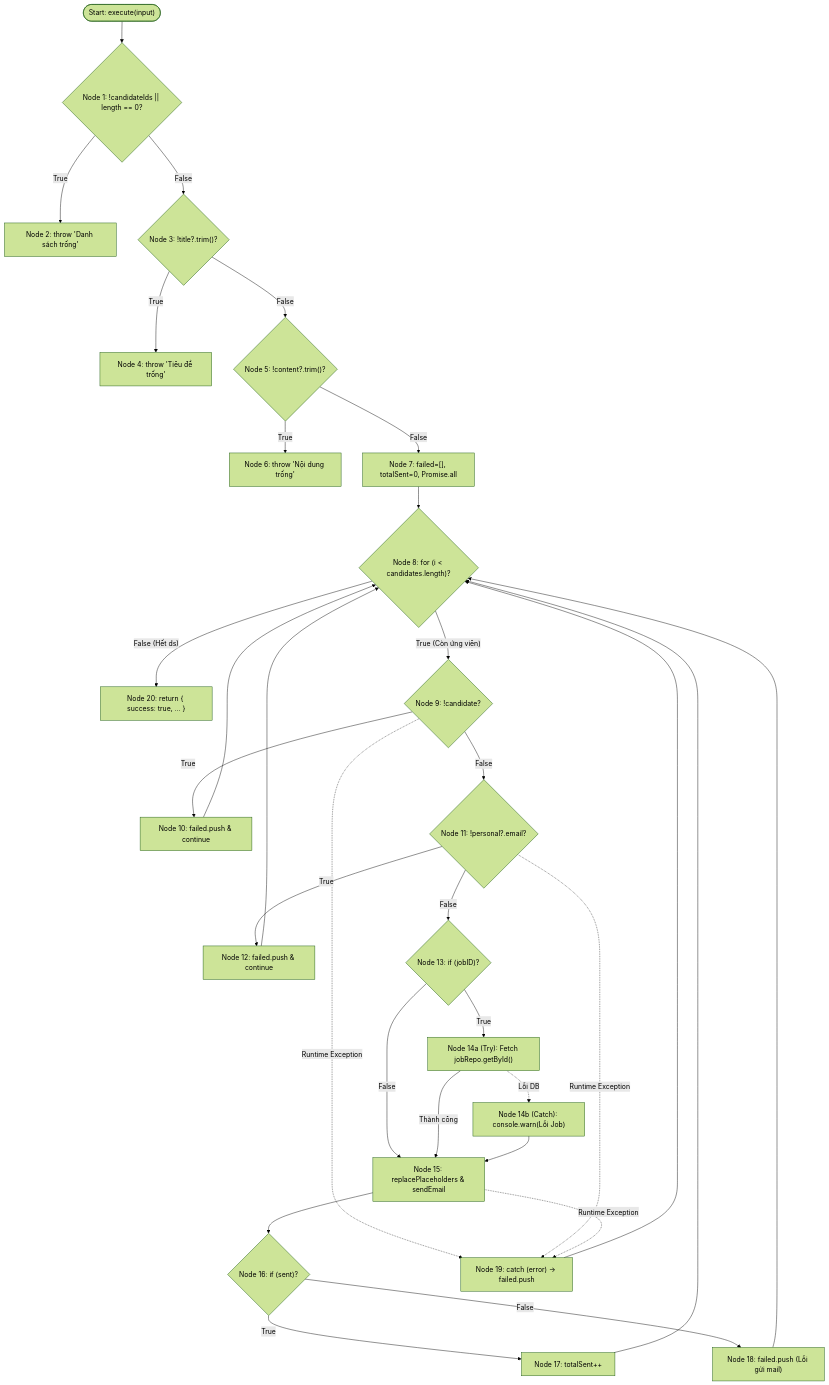
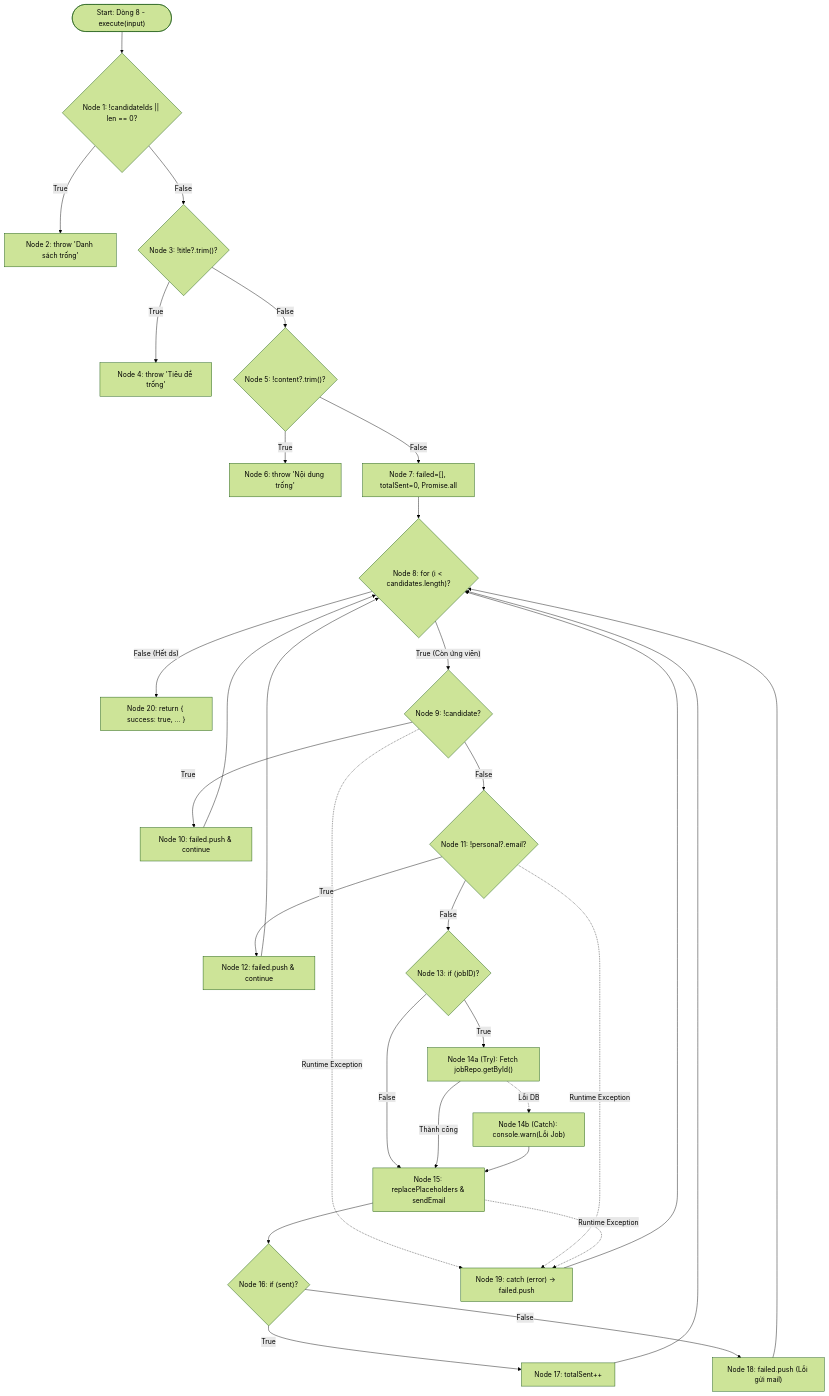
One commit to pvhung2112/cse462-testing changed the diagram in hop-trang/KiemThuHopTrang_UC09_TuDongHoaGuiEmail.md. Above: the diagram before and after it, drawn with Mermaid (forest theme). The commit also changed other lines of this file and 2 other files, not shown here.

Commit message:
refactor(uc09): chuan hoa dinh Start dong 8, Node 1 dong 9 va khop chi tiet 22 nodes 30 edges McCabe

````diff
--- a/hop-trang/KiemThuHopTrang_UC09_TuDongHoaGuiEmail.md
+++ b/hop-trang/KiemThuHopTrang_UC09_TuDongHoaGuiEmail.md
@@ -181,46 +181,46 @@
 ```mermaid
 flowchart TD
-    Start(["Start: execute(input)"]) --> N1{"Node 1: !candidateIds || length == 0?"}
+    Start(["Start: Dòng 8 - execute(input)"]) --> N1{"Node 1: !candidateIds || len == 0?"}
     
     N1 -- "True" --> N2["Node 2: throw 'Danh sách trống'"]
     N1 -- "False" --> N3{"Node 3: !title?.trim()?"}
     
     N3 -- "True" --> N4["Node 4: throw 'Tiêu đề trống'"]
     N3 -- "False" --> N5{"Node 5: !content?.trim()?"}
     
     N5 -- "True" --> N6["Node 6: throw 'Nội dung trống'"]
     N5 -- "False" --> N7["Node 7: failed=[], totalSent=0, Promise.all"]
     
     N7 --> N8{"Node 8: for (i < candidates.length)?"}
     
     N8 -- "False (Hết ds)" --> N20["Node 20: return { success: true, ... }"]
     N8 -- "True (Còn ứng viên)" --> N9{"Node 9: !candidate?"}
     
     N9 -- "True" --> N10["Node 10: failed.push & continue"]
     N10 --> N8
     
     N9 -- "False" --> N11{"Node 11: !personal?.email?"}
     N11 -- "True" --> N12["Node 12: failed.push & continue"]
     N12 --> N8
     
     N11 -- "False" --> N13{"Node 13: if (jobID)?"}
     N13 -- "True" --> N14a["Node 14a (Try): Fetch jobRepo.getById()"]
     N13 -- "False" --> N15["Node 15: replacePlaceholders & sendEmail"]
     
     N14a -- "Thành công" --> N15
     N14a -. "Lỗi DB" .-> N14b["Node 14b (Catch): console.warn(Lỗi Job)"]
     N14b --> N15
     
     N15 --> N16{"Node 16: if (sent)?"}
     
     N16 -- "True" --> N17["Node 17: totalSent++"]
     N16 -- "False" --> N18["Node 18: failed.push (Lỗi gửi mail)"]
     
     N17 --> N8
     N18 --> N8
     
     N9 -. "Runtime Exception" .-> N19["Node 19: catch (error) -> failed.push"]
     N11 -. "Runtime Exception" .-> N19
     N15 -. "Runtime Exception" .-> N19
     N19 --> N8
 ```
````
